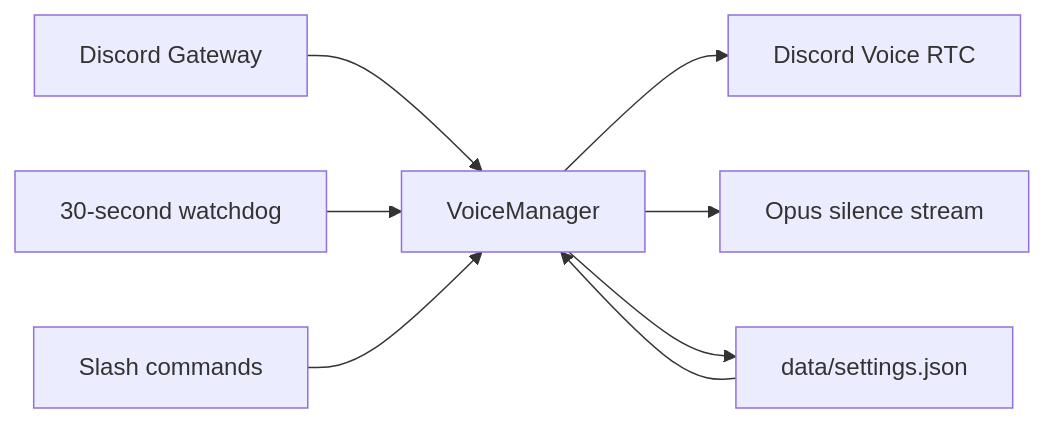
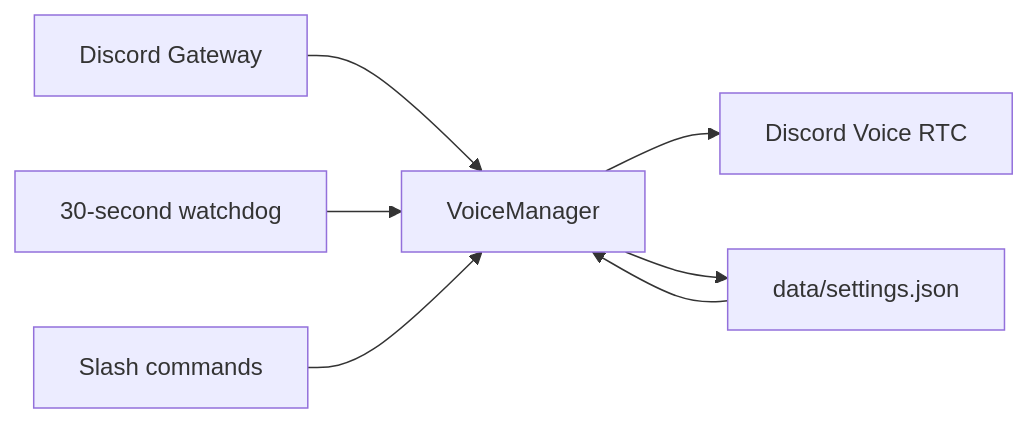
The diagram in README.md (kexlyu24/discord-voice-247-bot), drawn with Mermaid before and after one commit. The commit also changed other lines of this file and 4 other files, not shown here.

````diff
--- a/README.md
+++ b/README.md
@@ -163,10 +163,9 @@
 ```mermaid
 flowchart LR
     A[Discord Gateway] --> B[VoiceManager]
     B --> C[Discord Voice RTC]
-    B --> D[Opus silence stream]
     E[30-second watchdog] --> B
     F[data/settings.json] --> B
     B --> F
     G[Slash commands] --> B
 ```
````
